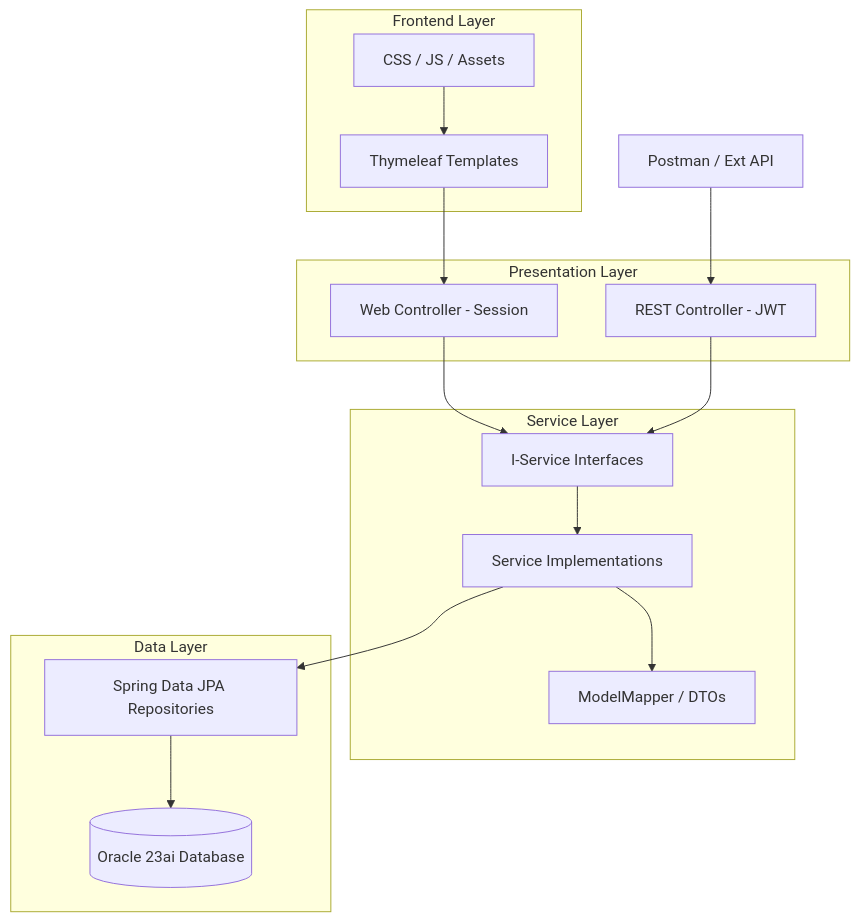
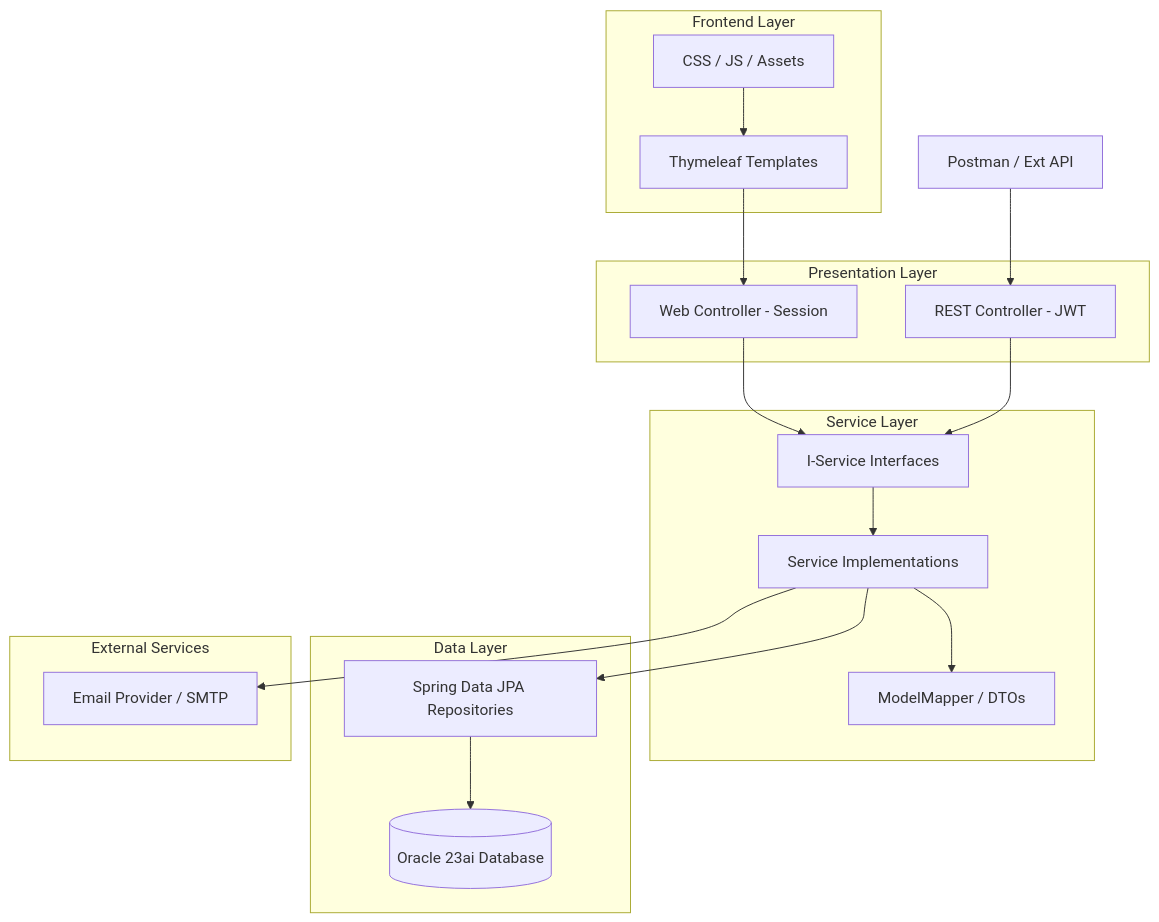
One commit to Shivamintuu/p2_RevPay_shivateja changed the diagram in Architecture.md. Above: the diagram before and after it, drawn with Mermaid. The commit also changed 78 other files, not shown here.

````diff
--- a/Architecture.md
+++ b/Architecture.md
@@ -5,34 +5,39 @@
 ```mermaid
 graph TD
     subgraph "Frontend Layer"
         UI[Thymeleaf Templates]
         Statics[CSS / JS / Assets]
     end
 
     subgraph "Presentation Layer"
         WC[Web Controller - Session]
         RC[REST Controller - JWT]
     end
 
     subgraph "Service Layer"
         Interface[I-Service Interfaces]
         Impl[Service Implementations]
         Mapper[ModelMapper / DTOs]
     end
 
     subgraph "Data Layer"
         Repo[Spring Data JPA Repositories]
         DB[(Oracle 23ai Database)]
     end
 
+    subgraph "External Services"
+        Email[Email Provider / SMTP]
+    end
+
     UI --> WC
     Statics --> UI
     Postman[Postman / Ext API] --> RC
     
     WC --> Interface
     RC --> Interface
     Interface --> Impl
     Impl --> Repo
     Repo --> DB
     Impl --> Mapper
+    Impl --> Email
 ```
````
